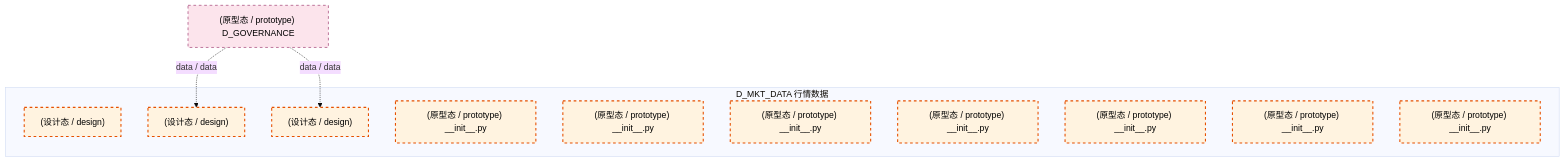
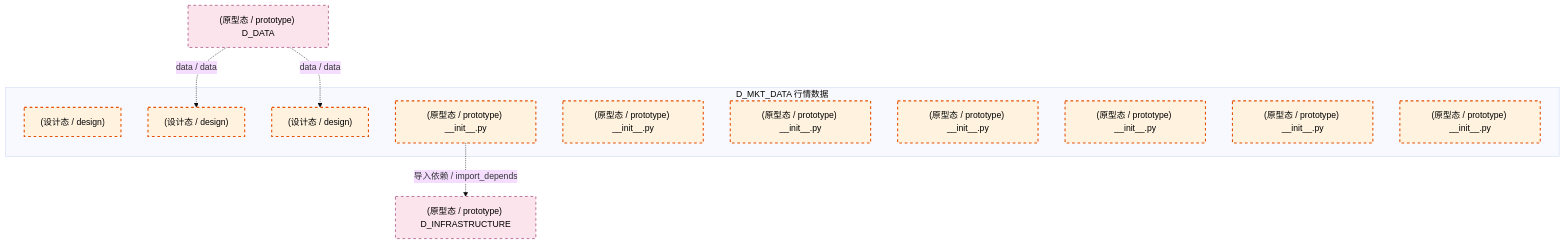
The first of 4 diagrams in docs/02_enterprise_architecture/02_domain_architecture_docs/18_d_mkt_data.md (xuanFelixVan/ZephyrAlpha), drawn with Mermaid (base theme) before and after one commit. The commit also changed other lines of this file and 112 other files, not shown here.

````diff
--- a/docs/02_enterprise_architecture/02_domain_architecture_docs/18_d_mkt_data.md
+++ b/docs/02_enterprise_architecture/02_domain_architecture_docs/18_d_mkt_data.md
@@ -73,24 +73,26 @@
 ```mermaid
 graph TD
     subgraph D_MKT_DATA["D_MKT_DATA 行情数据"]
         docs_03_modules_cross_layer_database_sub_blueprints_c1_market_clickhouse_md["(设计态 / design) "]
         docs_03_modules_domain_data_data_acquisition_plan_md["(设计态 / design) "]
         docs_03_modules_domain_data_data_source_operation_manual_md["(设计态 / design) "]
         src_zephyr_market_data_init_py["(原型态 / prototype) __init__.py"]
         src_zephyr_market_data_extensions_init_py["(原型态 / prototype) __init__.py"]
         src_zephyr_market_data_api_init_py["(原型态 / prototype) __init__.py"]
         src_zephyr_market_data_core_init_py["(原型态 / prototype) __init__.py"]
         src_zephyr_market_data_infrastructure_init_py["(原型态 / prototype) __init__.py"]
         src_zephyr_market_data_models_init_py["(原型态 / prototype) __init__.py"]
         src_zephyr_market_data_services_init_py["(原型态 / prototype) __init__.py"]
     end
-    D_GOVERNANCE["(原型态 / prototype) D_GOVERNANCE"]
-    D_GOVERNANCE -.->|data / data| docs_03_modules_domain_data_data_source_operation_manual_md
-    D_GOVERNANCE -.->|data / data| docs_03_modules_domain_data_data_acquisition_plan_md
+    D_INFRASTRUCTURE["(原型态 / prototype) D_INFRASTRUCTURE"]
+    src_zephyr_market_data_init_py -.->|导入依赖 / import_depends| D_INFRASTRUCTURE
+    D_DATA["(原型态 / prototype) D_DATA"]
+    D_DATA -.->|data / data| docs_03_modules_domain_data_data_source_operation_manual_md
+    D_DATA -.->|data / data| docs_03_modules_domain_data_data_acquisition_plan_md
     classDef production fill:#e1f5fe,stroke:#01579b,stroke-width:2px,color:#000
     classDef design fill:#fff3e0,stroke:#e65100,stroke-width:2px,color:#000,stroke-dasharray: 5 5
     classDef external_prod fill:#e8f5e9,stroke:#1b5e20,stroke-width:1px,color:#000
     classDef external_design fill:#fce4ec,stroke:#880e4f,stroke-width:1px,color:#000,stroke-dasharray: 5 5
     class docs_03_modules_cross_layer_database_sub_blueprints_c1_market_clickhouse_md,docs_03_modules_domain_data_data_acquisition_plan_md,docs_03_modules_domain_data_data_source_operation_manual_md,src_zephyr_market_data_init_py,src_zephyr_market_data_extensions_init_py,src_zephyr_market_data_api_init_py,src_zephyr_market_data_core_init_py,src_zephyr_market_data_infrastructure_init_py,src_zephyr_market_data_models_init_py,src_zephyr_market_data_services_init_py design
-    class D_GOVERNANCE external_design
+    class D_INFRASTRUCTURE,D_DATA external_design
 ```
````
